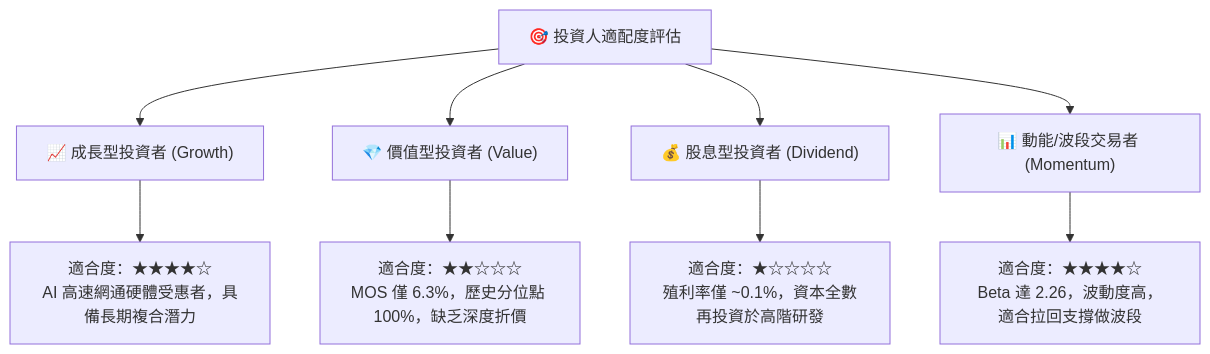
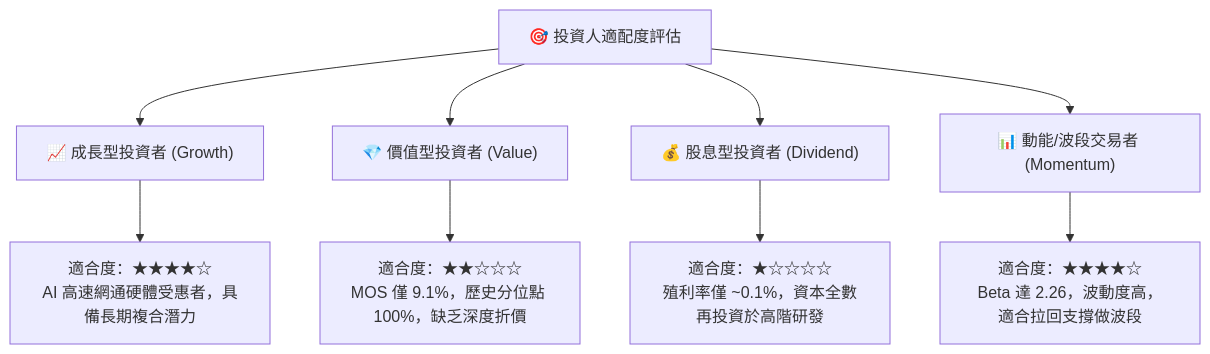
One commit to yennanliu/finance_data changed diagram 15 of 15 in ai_gen_report/fundamental/mrvl/fundamental_analysis_2026-10-23_gemini.md. Above: the diagram before and after it, drawn with Mermaid. The commit also changed other lines of this file and 339 other files, not shown here.

````diff
--- a/ai_gen_report/fundamental/mrvl/fundamental_analysis_2026-10-23_gemini.md
+++ b/ai_gen_report/fundamental/mrvl/fundamental_analysis_2026-10-23_gemini.md
@@ -1060,14 +1060,14 @@
 ```mermaid
 graph TD
     INV["🎯 投資人適配度評估"]
 
     INV --> G["📈 成長型投資者 (Growth)"]
     INV --> V["💎 價值型投資者 (Value)"]
     INV --> D["💰 股息型投資者 (Dividend)"]
     INV --> T["📊 動能/波段交易者 (Momentum)"]
 
     G --> G1["適合度：★★★★☆<br/>AI 高速網通硬體受惠者，具備長期複合潛力"]
-    V --> V1["適合度：★★☆☆☆<br/>MOS 僅 6.3%，歷史分位點 100%，缺乏深度折價"]
+    V --> V1["適合度：★★☆☆☆<br/>MOS 僅 9.1%，歷史分位點 100%，缺乏深度折價"]
     D --> D1["適合度：★☆☆☆☆<br/>殖利率僅 ~0.1%，資本全數再投資於高階研發"]
     T --> T1["適合度：★★★★☆<br/>Beta 達 2.26，波動度高，適合拉回支撐做波段"]
 ```
````
